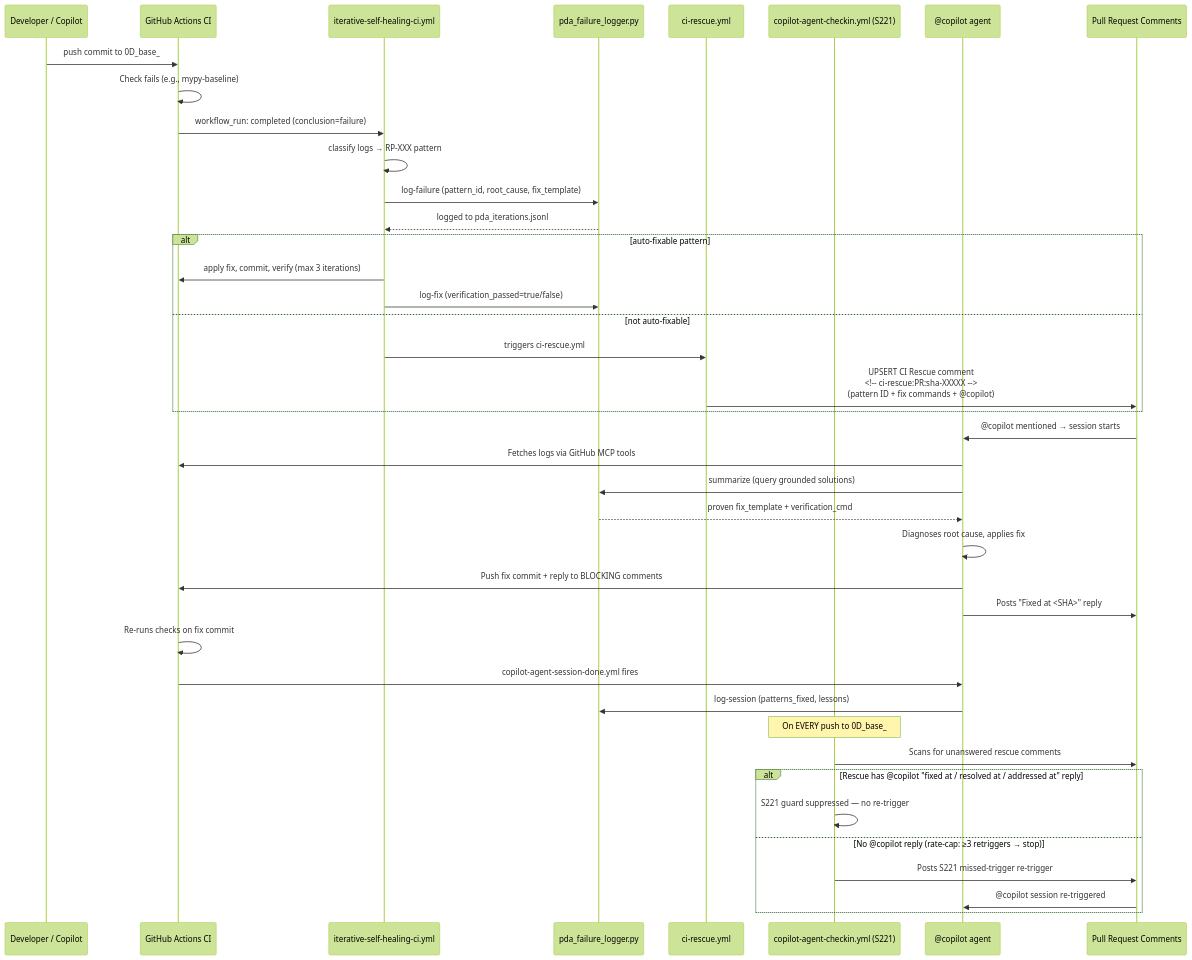
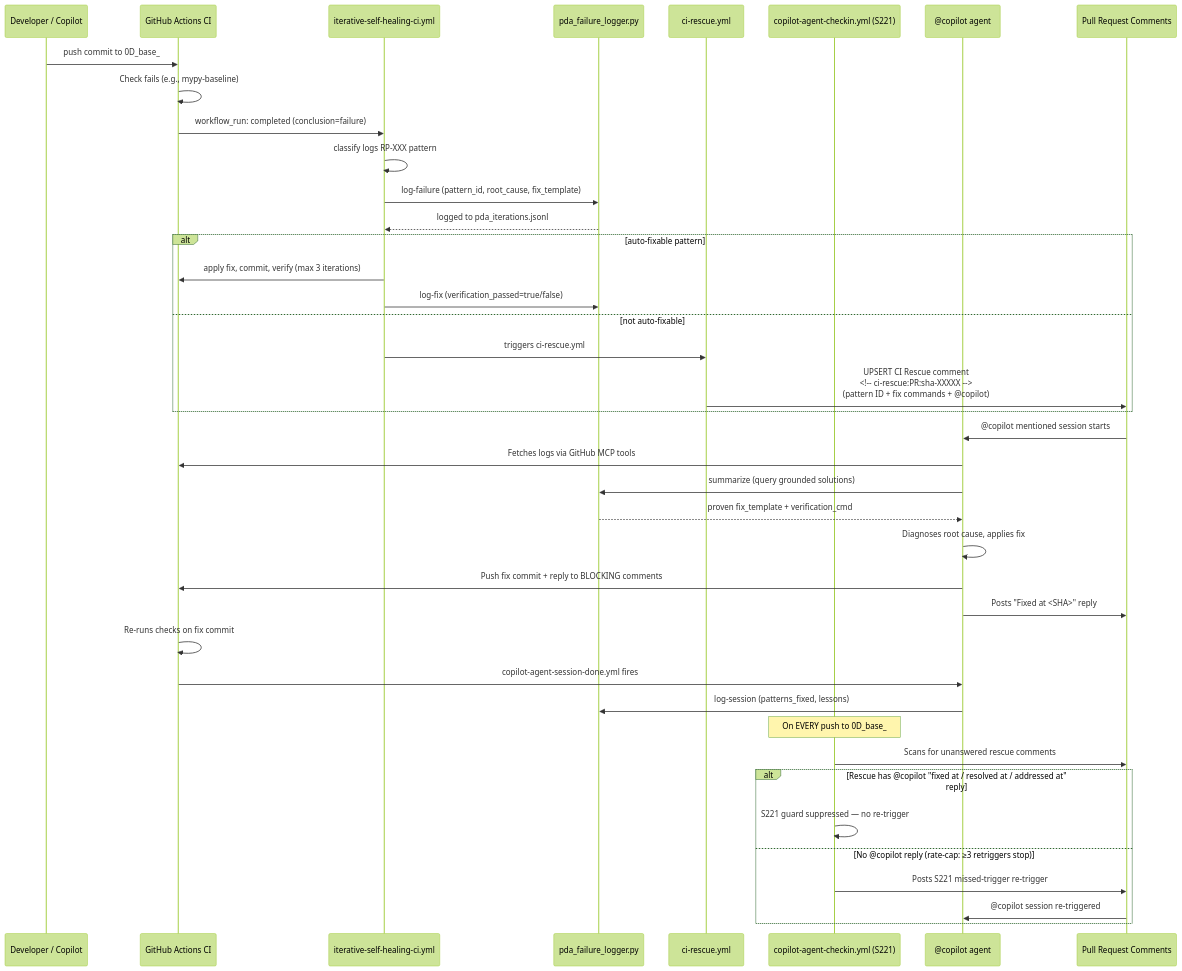
The second of 14 diagrams in docs/ci/PR_LIFECYCLE.md (Aries-Serpent/_codex_), drawn with Mermaid (forest theme) before and after one commit. The commit also changed other lines of this file and 4117 other files, not shown here.

````diff
--- a/docs/ci/PR_LIFECYCLE.md
+++ b/docs/ci/PR_LIFECYCLE.md
@@ -590,49 +625,53 @@
 ```mermaid
 %%{init: {'accessibility': {'title': 'Sequence Diagram: >>Healer: logged to pda_iterat'}}%%
+
 sequenceDiagram
-    participant Dev as Developer / Copilot
-    participant CI as GitHub Actions CI
-    participant Healer as iterative-self-healing-ci.yml
-    participant PDA as pda_failure_logger.py
-    participant Rescue as ci-rescue.yml
-    participant Checkin as copilot-agent-checkin.yml (S221)
-    participant Copilot as @copilot agent
-    participant PR as Pull Request Comments
+ participant Dev as Developer / Copilot
+ participant CI as GitHub Actions CI
+ participant Healer as iterative-self-healing-ci.yml
+ participant PDA as pda_failure_logger.py
+ participant Rescue as ci-rescue.yml
+ participant Checkin as copilot-agent-checkin.yml (S221)
+ participant Copilot as @copilot agent
+ participant PR as Pull Request Comments
 
-    Dev->>CI: push commit to 0D_base_
-    CI->>CI: Check fails (e.g., mypy-baseline)
-    CI->>Healer: workflow_run: completed (conclusion=failure)
+ Dev->>CI: push commit to 0D_base_
+ CI->>CI: Check fails (e.g., mypy-baseline)
+ CI->>Healer: workflow_run: completed (conclusion=failure)
 
-    Healer->>Healer: classify logs → RP-XXX pattern
-    Healer->>PDA: log-failure (pattern_id, root_cause, fix_template)
-    PDA-->>Healer: logged to pda_iterations.jsonl
+ Healer->>Healer: classify logs RP-XXX pattern
+ Healer->>PDA: log-failure (pattern_id, root_cause, fix_template)
 
-    alt auto-fixable pattern
-        Healer->>CI: apply fix, commit, verify (max 3 iterations)
-        Healer->>PDA: log-fix (verification_passed=true/false)
-    else not auto-fixable
-        Healer->>Rescue: triggers ci-rescue.yml
-        Rescue->>PR: UPSERT  CI Rescue comment<br/><!-- ci-rescue:PR:sha-XXXXX --><br/>(pattern ID + fix commands + @copilot)
-    end
+ PDA-->>Healer: logged to pda_iterations.jsonl
 
-    PR->>Copilot: @copilot mentioned → session starts
-    Copilot->>CI: Fetches logs via GitHub MCP tools
-    Copilot->>PDA: summarize (query grounded solutions)
-    PDA-->>Copilot: proven fix_template + verification_cmd
-    Copilot->>Copilot: Diagnoses root cause, applies fix
-    Copilot->>CI: Push fix commit + reply to BLOCKING comments
-    Copilot->>PR: Posts "Fixed at <SHA>" reply
+ alt auto-fixable pattern
+ Healer->>CI: apply fix, commit, verify (max 3 iterations)
+ Healer->>PDA: log-fix (verification_passed=true/false)
+ else not auto-fixable
+ Healer->>Rescue: triggers ci-rescue.yml
 
-    CI->>CI: Re-runs checks on fix commit
-    CI->>Copilot: copilot-agent-session-done.yml fires
-    Copilot->>PDA: log-session (patterns_fixed, lessons)
+ Rescue->>PR: UPSERT CI Rescue comment<br/><!-- ci-rescue:PR:sha-XXXXX --><br/>(pattern ID + fix commands + @copilot)
+ end
 
-    Note over Checkin: On EVERY push to 0D_base_
-    Checkin->>PR: Scans for unanswered rescue comments
-    alt Rescue has @copilot "fixed at / resolved at / addressed at" reply
-        Checkin->>Checkin: S221 guard suppressed — no re-trigger
-    else No @copilot reply (rate-cap: ≥3 retriggers → stop)
-        Checkin->>PR: Posts S221 missed-trigger re-trigger
-        PR->>Copilot: @copilot session re-triggered
-    end
+ PR->>Copilot: @copilot mentioned session starts
+ Copilot->>CI: Fetches logs via GitHub MCP tools
+ Copilot->>PDA: summarize (query grounded solutions)
+
+ PDA-->>Copilot: proven fix_template + verification_cmd
+ Copilot->>Copilot: Diagnoses root cause, applies fix
+ Copilot->>CI: Push fix commit + reply to BLOCKING comments
+ Copilot->>PR: Posts "Fixed at <SHA>" reply
+
+ CI->>CI: Re-runs checks on fix commit
+ CI->>Copilot: copilot-agent-session-done.yml fires
+ Copilot->>PDA: log-session (patterns_fixed, lessons)
+
+ Note over Checkin: On EVERY push to 0D_base_
+ Checkin->>PR: Scans for unanswered rescue comments
+ alt Rescue has @copilot "fixed at / resolved at / addressed at" reply
+ Checkin->>Checkin: S221 guard suppressed — no re-trigger
+ else No @copilot reply (rate-cap: ≥3 retriggers stop)
+ Checkin->>PR: Posts S221 missed-trigger re-trigger
+ PR->>Copilot: @copilot session re-triggered
+ end
 ```
````
